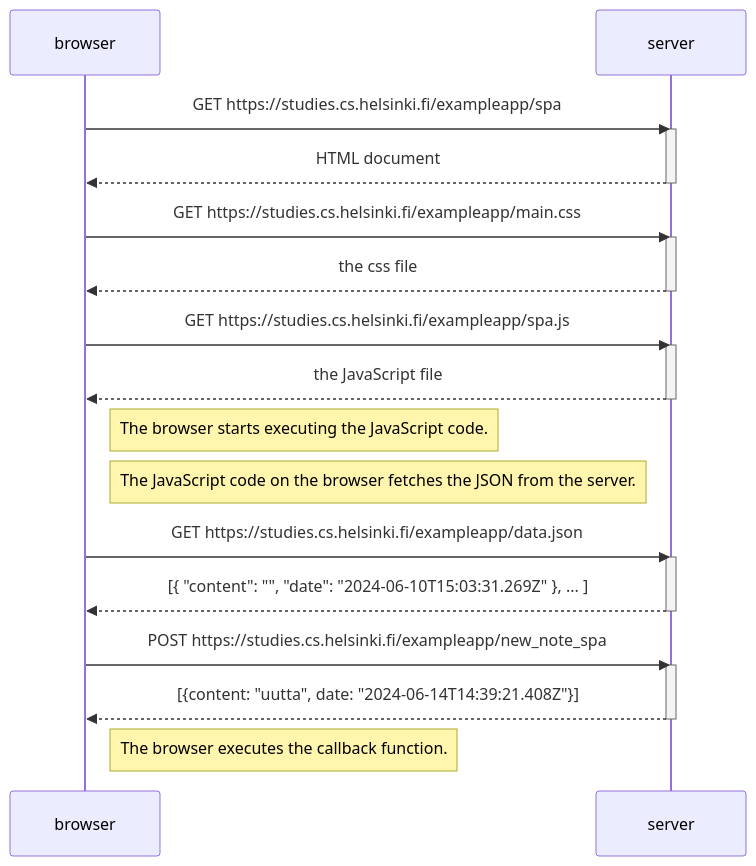
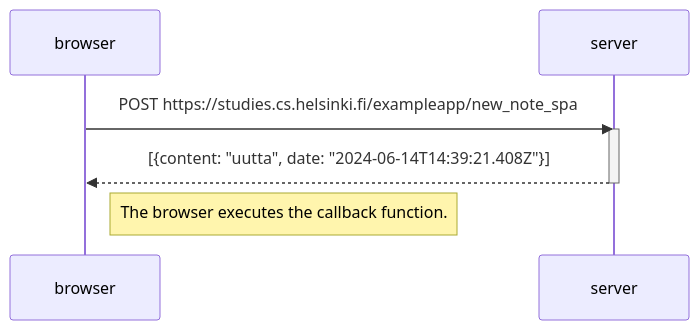
The diagram in Osa0/06_UusiMuistiinpano.md (tjvalkonen/FullStackOpen), drawn with Mermaid before and after one commit.

Commit message:
update Osa0

````diff
--- a/Osa0/06_UusiMuistiinpano.md
+++ b/Osa0/06_UusiMuistiinpano.md
@@ -1,36 +1,12 @@
 ```mermaid
 sequenceDiagram
     participant browser
     participant server
-
-    browser->>server: GET https://studies.cs.helsinki.fi/exampleapp/spa
-    activate server
-    server-->>browser: HTML document
-    deactivate server
-
-    browser->>server: GET https://studies.cs.helsinki.fi/exampleapp/main.css
-    activate server
-    server-->>browser: the css file
-    deactivate server
-
-    browser->>server: GET https://studies.cs.helsinki.fi/exampleapp/spa.js
-    activate server
-    server-->>browser: the JavaScript file
-    deactivate server
-Note right of browser: The browser starts executing the JavaScript code.
-
-
-
-Note right of browser: The JavaScript code on the browser fetches the JSON from the server.
-    browser->>server: GET https://studies.cs.helsinki.fi/exampleapp/data.json
-    activate server
-    server-->>browser: [{ "content": "", "date": "2024-06-10T15:03:31.269Z" }, ... ]
-    deactivate server
 
     browser->>server: POST https://studies.cs.helsinki.fi/exampleapp/new_note_spa
     activate server
     server-->>browser: [{content: "uutta", date: "2024-06-14T14:39:21.408Z"}]
     deactivate server
 
 Note right of browser: The browser executes the callback function.
 ```
````
